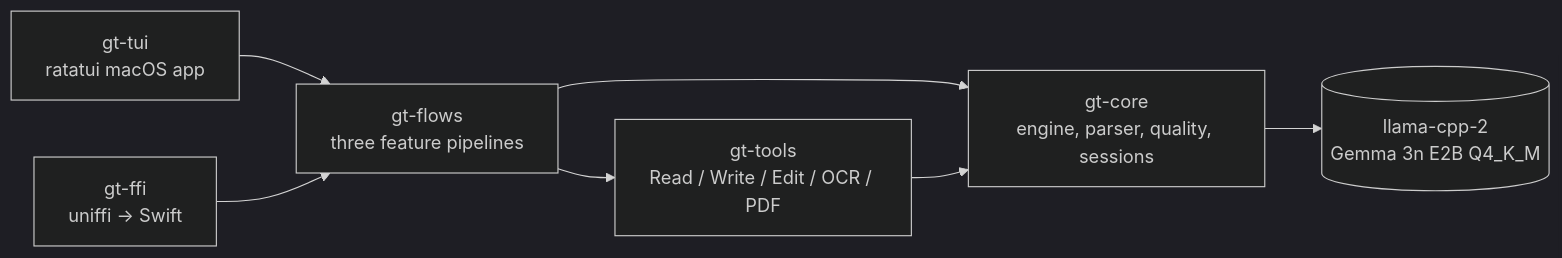
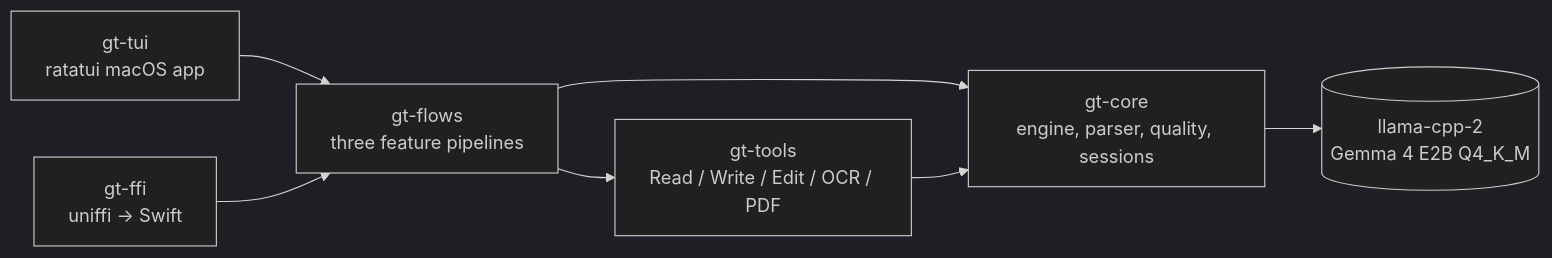
One commit to itayinbarr/gemma-teach changed the first of 2 diagrams in docs/whitepaper.md. Above: the diagram before and after it, drawn with Mermaid (dark theme). The commit also changed other lines of this file and 19 other files, not shown here.

````diff
--- a/docs/whitepaper.md
+++ b/docs/whitepaper.md
@@ -19,15 +19,15 @@
 ```mermaid
 flowchart LR
   TUI[gt-tui<br/>ratatui macOS app]
   iOS[gt-ffi<br/>uniffi → Swift]
   Flows[gt-flows<br/>three feature pipelines]
   Tools[gt-tools<br/>Read / Write / Edit / OCR / PDF]
   Core[gt-core<br/>engine, parser, quality, sessions]
-  Llama[(llama-cpp-2<br/>Gemma 3n E2B Q4_K_M)]
+  Llama[(llama-cpp-2<br/>Gemma 4 E2B Q4_K_M)]
   TUI --> Flows
   iOS --> Flows
   Flows --> Tools
   Flows --> Core
   Tools --> Core
   Core --> Llama
 ```
````
